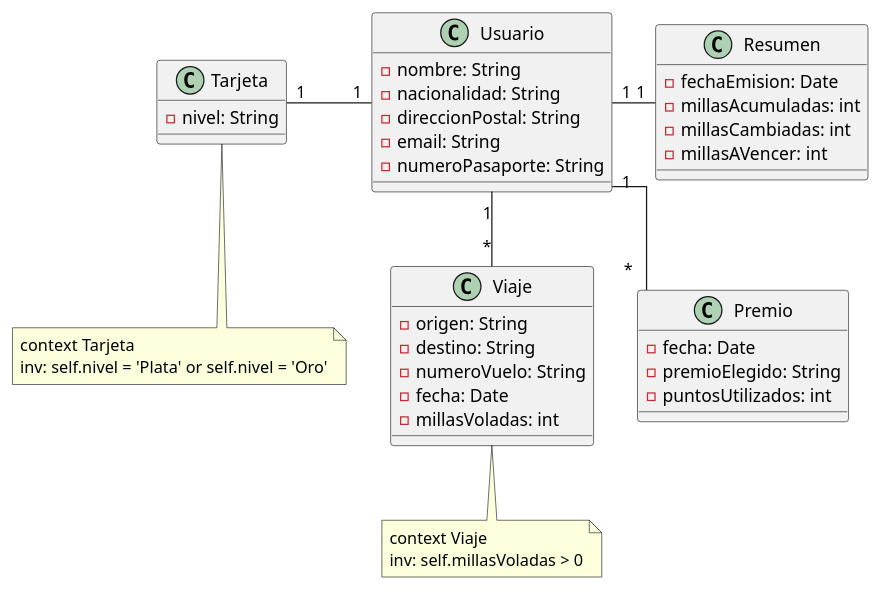
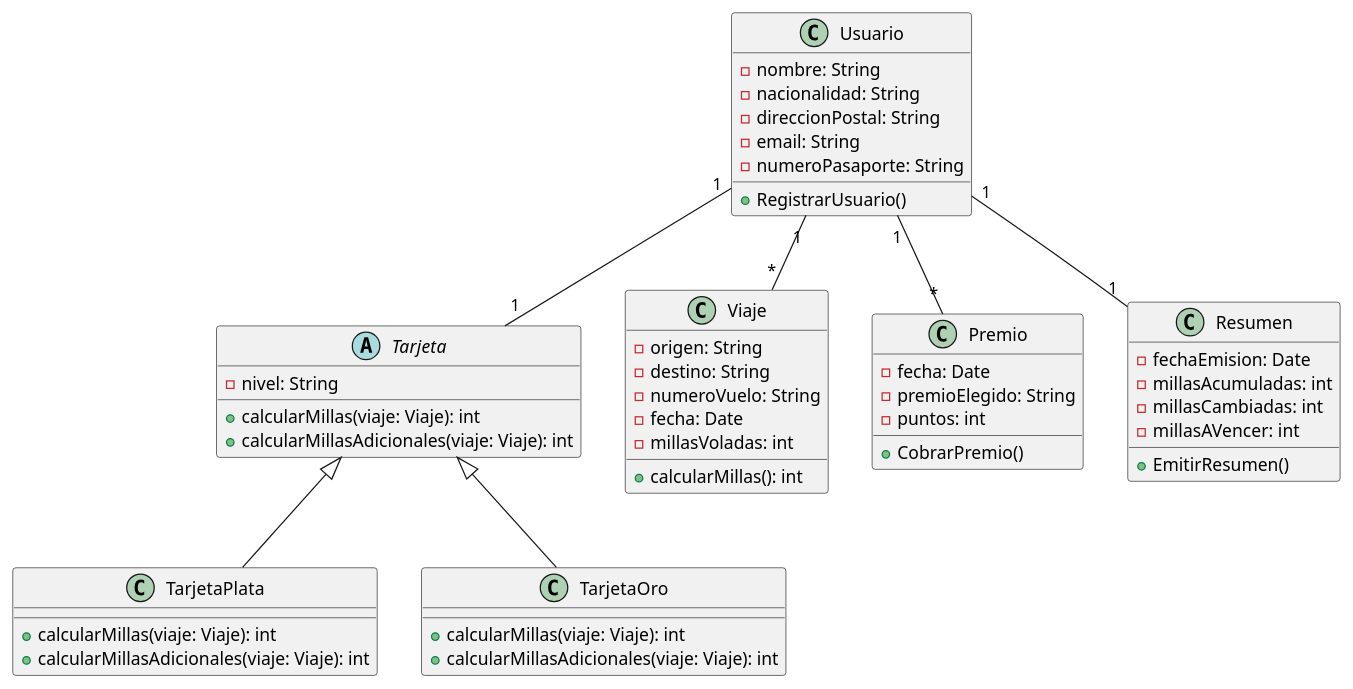
One commit to zherar7ordoya/AP6 changed the diagram in [MDS]/Itinerario 14 - 2do Parcial/6 - Diagrama de Clase y Restricciones OCL.puml. Above: the diagram before and after it, drawn with PlantUML. The commit also changed 1 other file, not shown here.

```diff
--- a/[MDS]/Itinerario 14 - 2do Parcial/6 - Diagrama de Clase y Restricciones OCL.puml
+++ b/[MDS]/Itinerario 14 - 2do Parcial/6 - Diagrama de Clase y Restricciones OCL.puml
@@ -1,61 +1,58 @@
-@startuml Parcial 2 MDS2 2023
-
-' Explicación: El diagrama de clase representa las clases principales del
-' sistema de gestión del programa de viajeros frecuentes de una línea aérea. Las
-' clases incluyen "Usuario", "Tarjeta", "Viaje", "Premio" y "Resumen". La clase
-' "Usuario" tiene una asociación de uno a uno con la clase "Tarjeta" y una
-' asociación de uno a muchos con las clases "Viaje", "Premio" y "Resumen".
-
-skinparam linetype ortho
-
+@startuml Parcial 2 MDS2
 class Usuario {
   - nombre: String
   - nacionalidad: String
   - direccionPostal: String
   - email: String
   - numeroPasaporte: String
+  + RegistrarUsuario()
 }
 
-class Tarjeta {
+abstract class Tarjeta {
   - nivel: String
+  + calcularMillas(viaje: Viaje): int
+  + calcularMillasAdicionales(viaje: Viaje): int
+}
+
+class TarjetaPlata {
+  + calcularMillas(viaje: Viaje): int
+  + calcularMillasAdicionales(viaje: Viaje): int
+}
+
+class TarjetaOro {
+  + calcularMillas(viaje: Viaje): int
+  + calcularMillasAdicionales(viaje: Viaje): int
 }
 
 class Viaje {
   - origen: String
   - destino: String
   - numeroVuelo: String
   - fecha: Date
   - millasVoladas: int
+  + calcularMillas(): int
 }
 
 class Premio {
   - fecha: Date
   - premioElegido: String
-  - puntosUtilizados: int
+  - puntos: int
+  + CobrarPremio()
 }
 
 class Resumen {
   - fechaEmision: Date
   - millasAcumuladas: int
   - millasCambiadas: int
   - millasAVencer: int
+  + EmitirResumen()
 }
 
-Usuario "1" -left- "1" Tarjeta
+Usuario "1" -- "1" Tarjeta
 Usuario "1" -- "*" Viaje
 Usuario "1" -- "*" Premio
-Usuario "1" -right- "1" Resumen
+Usuario "1" -- "1" Resumen
 
-' Restricción: El nivel de la tarjeta solo puede ser "Plata" o "Oro".
-note bottom of Tarjeta
-  context Tarjeta
-  inv: self.nivel = 'Plata' or self.nivel = 'Oro'
-end note
-
-' Restricción: Las millas voladas en un viaje deben ser un número positivo.
-note bottom of Viaje
-  context Viaje
-  inv: self.millasVoladas > 0
-end note
-
+Tarjeta <|-- TarjetaPlata
+Tarjeta <|-- TarjetaOro
 @enduml
```
